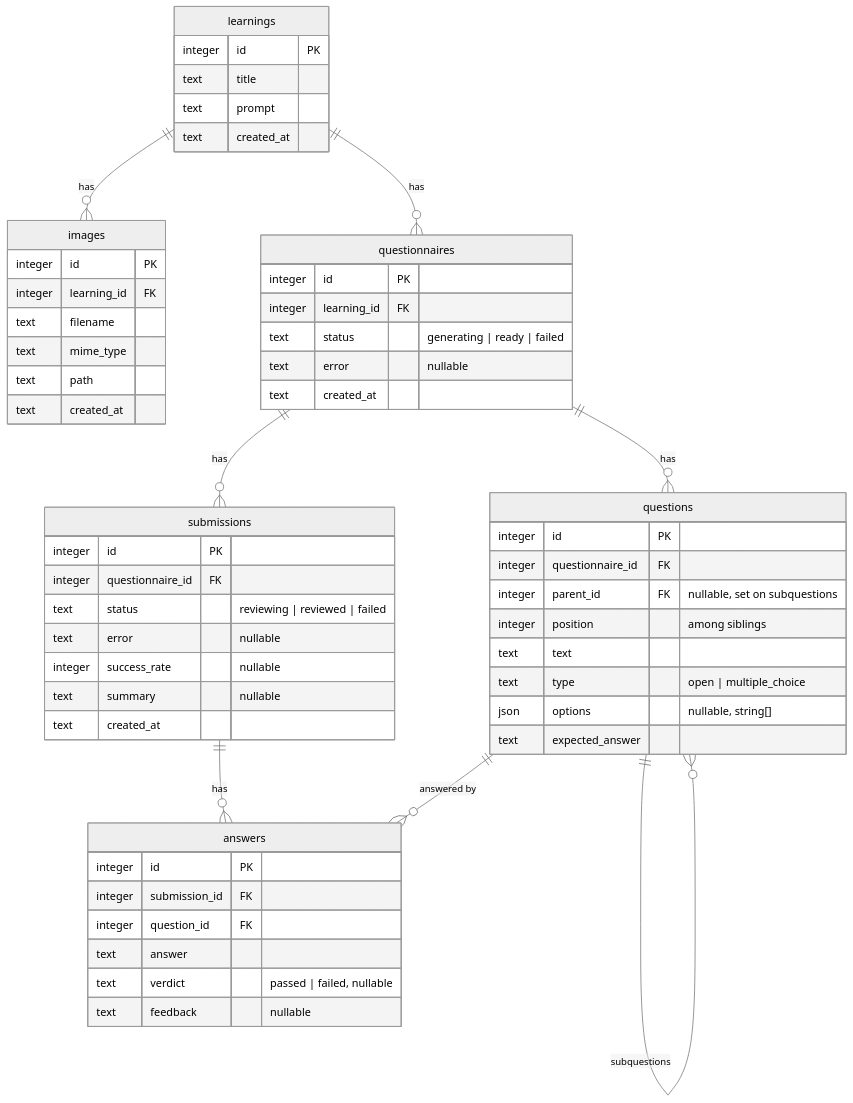
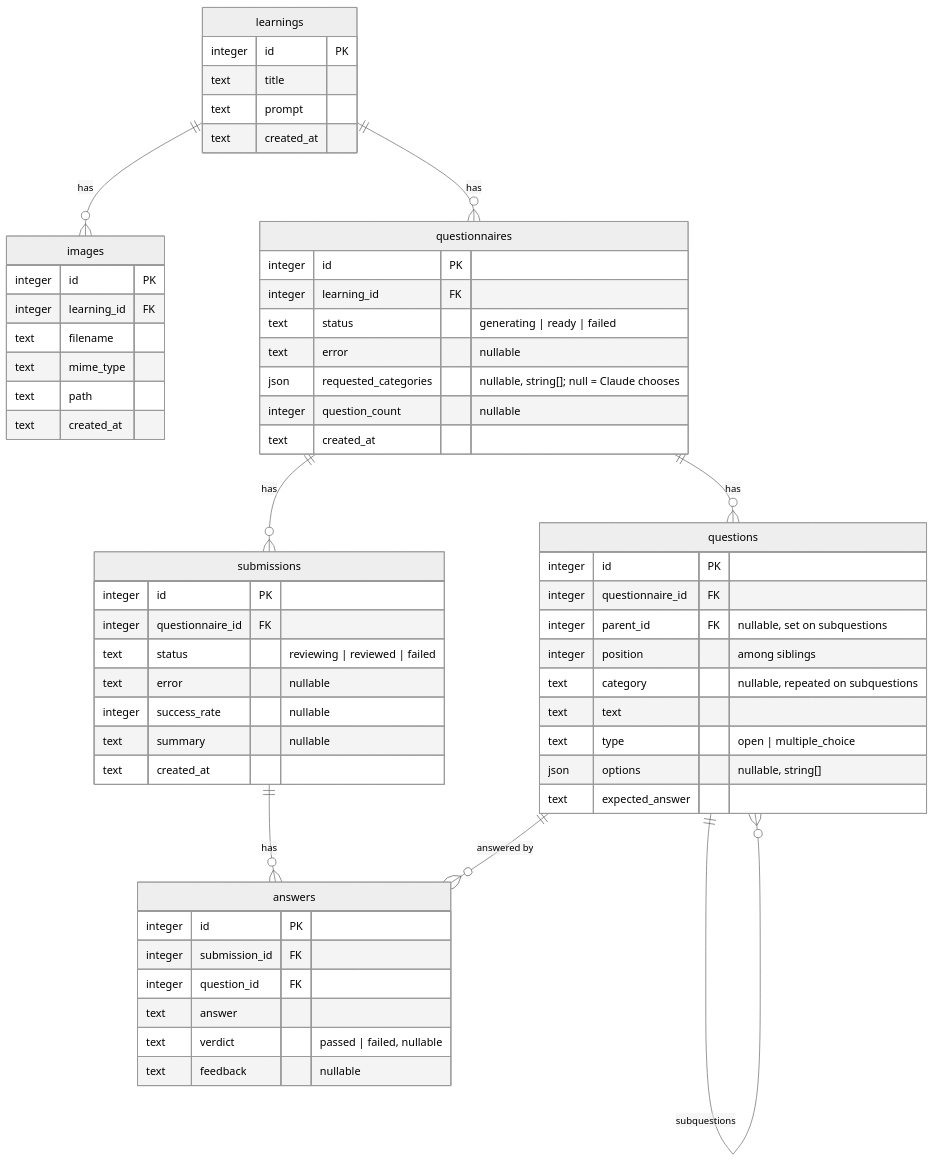
One commit to ppawlik/learning_app changed the third of 3 diagrams in docs/architecture.md. Above: the diagram before and after it, drawn with Mermaid (neutral theme). The commit also changed other lines of this file and 29 other files, not shown here.

First line of the commit message:
Add question categories, per-category stats and generation options

````diff
--- a/docs/architecture.md
+++ b/docs/architecture.md
@@ -53,59 +53,62 @@
 ```mermaid
 erDiagram
   questions ||--o{ questions : "subquestions"
   learnings ||--o{ images : has
   learnings ||--o{ questionnaires : has
   questionnaires ||--o{ questions : has
   questionnaires ||--o{ submissions : has
   submissions ||--o{ answers : has
   questions ||--o{ answers : "answered by"
 
   learnings {
     integer id PK
     text title
     text prompt
     text created_at
   }
   images {
     integer id PK
     integer learning_id FK
     text filename
     text mime_type
     text path
     text created_at
   }
   questionnaires {
     integer id PK
     integer learning_id FK
     text status "generating | ready | failed"
     text error "nullable"
+    json requested_categories "nullable, string[]; null = Claude chooses"
+    integer question_count "nullable"
     text created_at
   }
   questions {
     integer id PK
     integer questionnaire_id FK
     integer parent_id FK "nullable, set on subquestions"
     integer position "among siblings"
+    text category "nullable, repeated on subquestions"
     text text
     text type "open | multiple_choice"
     json options "nullable, string[]"
     text expected_answer
   }
   submissions {
     integer id PK
     integer questionnaire_id FK
     text status "reviewing | reviewed | failed"
     text error "nullable"
     integer success_rate "nullable"
     text summary "nullable"
     text created_at
   }
   answers {
     integer id PK
     integer submission_id FK
     integer question_id FK
     text answer
     text verdict "passed | failed, nullable"
     text feedback "nullable"
   }
 ```
````
